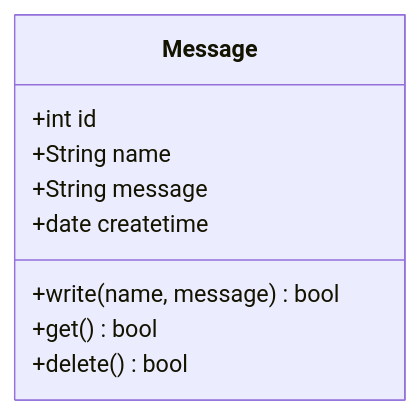
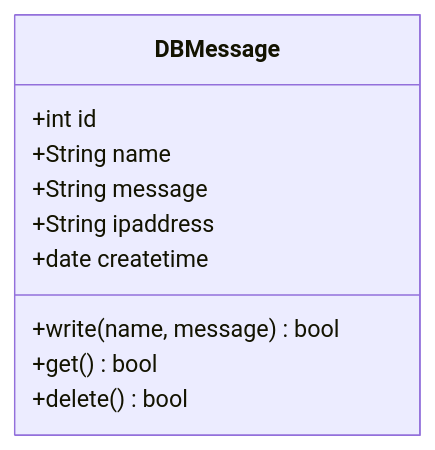
Before and after one commit to 85yago/go_small_chat: the second of 2 diagrams in design.md, drawn with Mermaid. The commit also changed other lines of this file, not shown here.

````diff
--- a/design.md
+++ b/design.md
@@ -101,12 +152,13 @@
 ```mermaid
 classDiagram
-    class Message{
+    class DBMessage{
         +int id
         +String name
         +String message
+        +String ipaddress
         +date createtime
         +write(name, message) bool
         +get() bool 
         +delete() bool
     }
 ```
````
